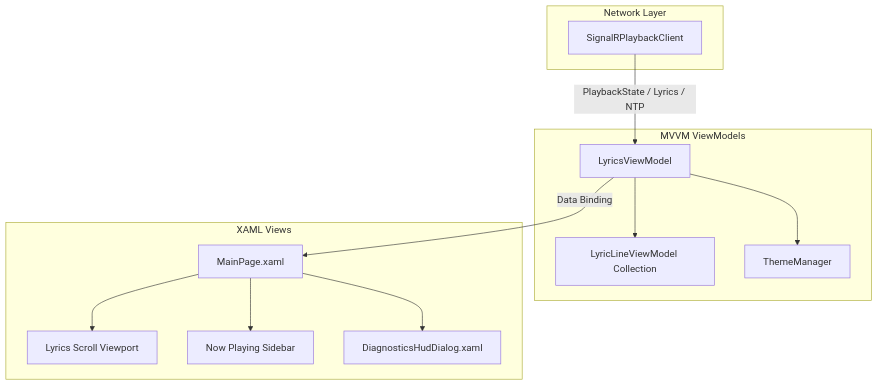
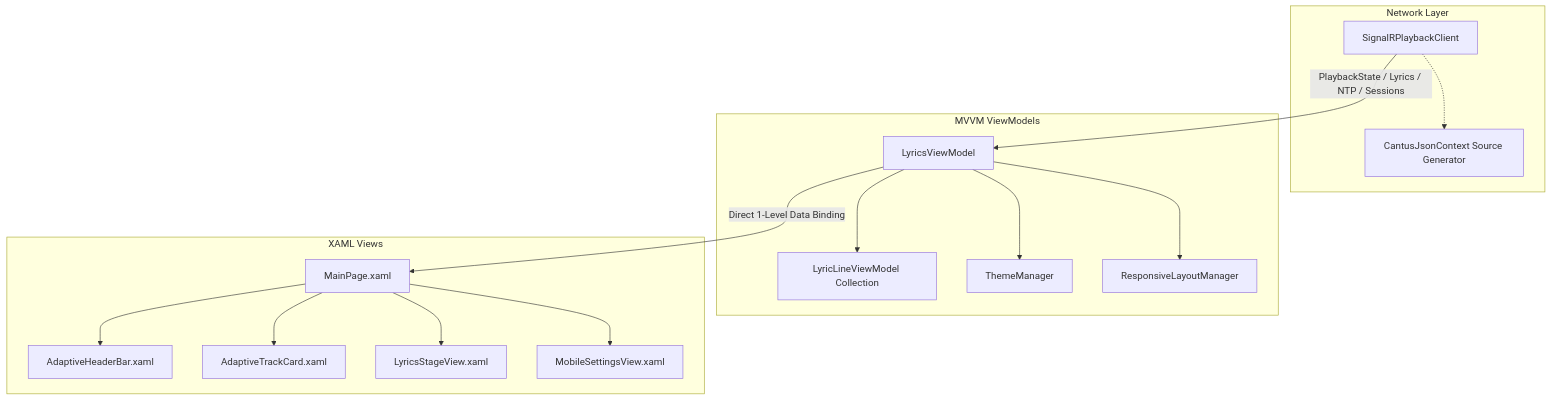
Before and after one commit to jav76/Cantus: the diagram in docs/architecture/client-uno.md, drawn with Mermaid. The commit also changed other lines of this file and 4 other files, not shown here.

````diff
--- a/docs/architecture/client-uno.md
+++ b/docs/architecture/client-uno.md
@@ -11,27 +11,33 @@
 ```mermaid
 flowchart TD
     subgraph Network Layer
         SignalR[SignalRPlaybackClient]
+        Context[CantusJsonContext Source Generator]
+        SignalR -.-> Context
     end
 
     subgraph MVVM ViewModels
         LVM[LyricsViewModel]
         LLVM[LyricLineViewModel Collection]
         Theme[ThemeManager]
+        Layout[ResponsiveLayoutManager]
         LVM --> LLVM
         LVM --> Theme
+        LVM --> Layout
     end
 
     subgraph XAML Views
         MainView[MainPage.xaml]
-        LyricsList[Lyrics Scroll Viewport]
-        NowPlaying[Now Playing Sidebar]
-        DiagHud[DiagnosticsHudDialog.xaml]
-        MainView --> LyricsList
-        MainView --> NowPlaying
-        MainView --> DiagHud
+        Header[AdaptiveHeaderBar.xaml]
+        TrackCard[AdaptiveTrackCard.xaml]
+        LyricsStage[LyricsStageView.xaml]
+        MobileSettings[MobileSettingsView.xaml]
+        MainView --> Header
+        MainView --> TrackCard
+        MainView --> LyricsStage
+        MainView --> MobileSettings
     end
 
-    SignalR -->|PlaybackState / Lyrics / NTP| LVM
-    LVM -->|Data Binding| MainView
+    SignalR -->|PlaybackState / Lyrics / NTP / Sessions| LVM
+    LVM -->|Direct 1-Level Data Binding| MainView
 ```
````
